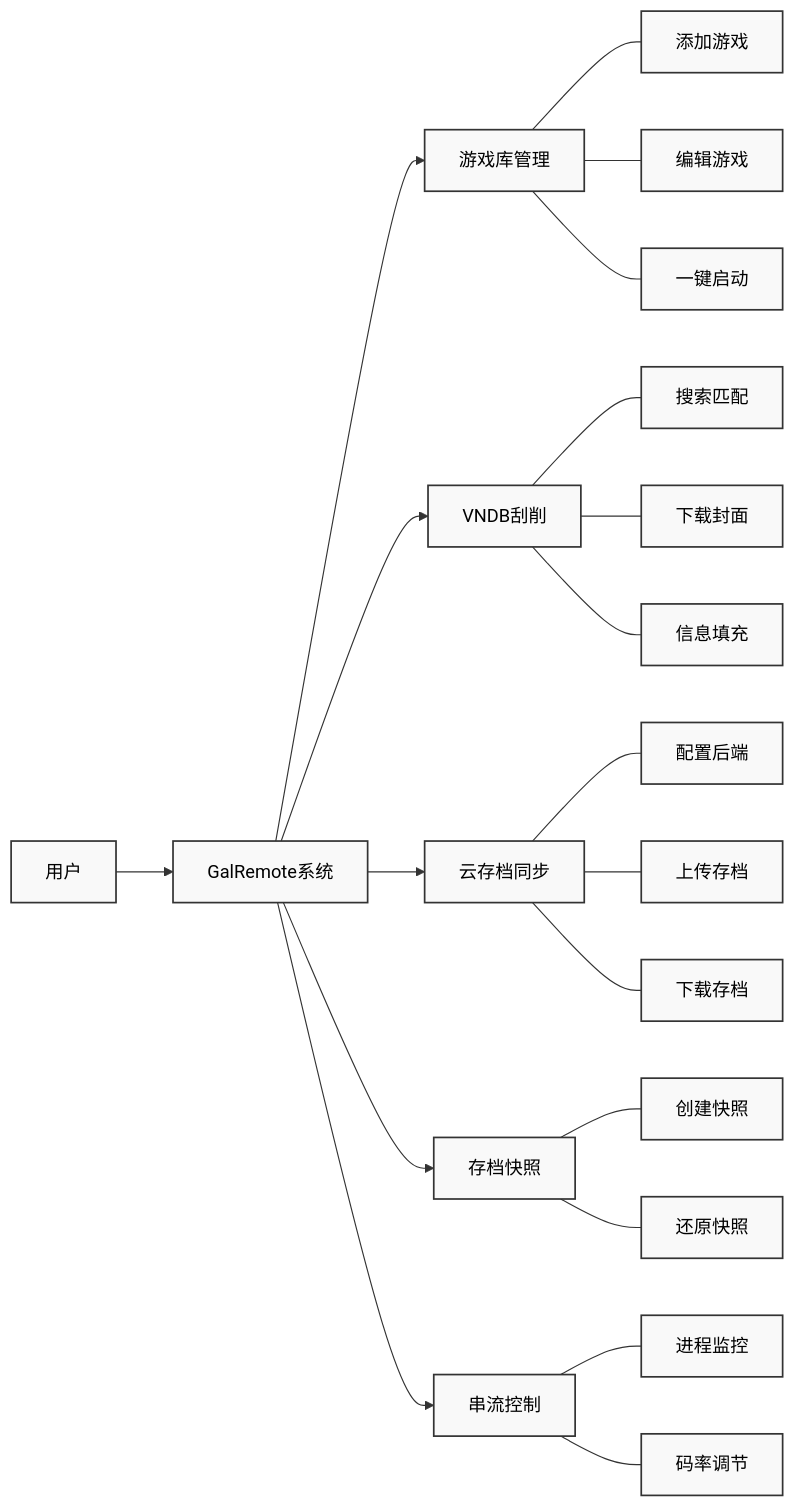
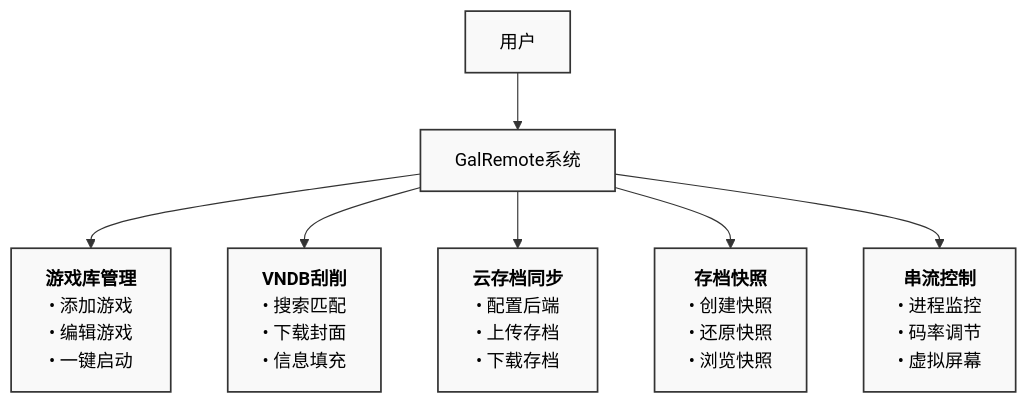
Before and after one commit to Roxy-DD/galremote: the diagram in thesis/01_需求分析.md, drawn with Mermaid.

Commit message:
docs(thesis): compress Chapter 3 diagram into a compact grid layout

````diff
--- a/thesis/01_需求分析.md
+++ b/thesis/01_需求分析.md
@@ -13,31 +13,13 @@
 ```mermaid
-graph LR
+graph TD
     User["用户"] --> Sys["GalRemote系统"]
     
-    Sys --> M1["游戏库管理"]
-    Sys --> M2["VNDB刮削"]
-    Sys --> M3["云存档同步"]
-    Sys --> M4["存档快照"]
-    Sys --> M5["串流控制"]
+    Sys --> M1["<b>游戏库管理</b><br>• 添加游戏<br>• 编辑游戏<br>• 一键启动"]
+    Sys --> M2["<b>VNDB刮削</b><br>• 搜索匹配<br>• 下载封面<br>• 信息填充"]
+    Sys --> M3["<b>云存档同步</b><br>• 配置后端<br>• 上传存档<br>• 下载存档"]
+    Sys --> M4["<b>存档快照</b><br>• 创建快照<br>• 还原快照<br>• 浏览快照"]
+    Sys --> M5["<b>串流控制</b><br>• 进程监控<br>• 码率调节<br>• 虚拟屏幕"]
 
-    M1 --- M1_1["添加游戏"]
-    M1 --- M1_2["编辑游戏"]
-    M1 --- M1_3["一键启动"]
-
-    M2 --- M2_1["搜索匹配"]
-    M2 --- M2_2["下载封面"]
-    M2 --- M2_3["信息填充"]
-
-    M3 --- M3_1["配置后端"]
-    M3 --- M3_2["上传存档"]
-    M3 --- M3_3["下载存档"]
-
-    M4 --- M4_1["创建快照"]
-    M4 --- M4_2["还原快照"]
-    
-    M5 --- M5_1["进程监控"]
-    M5 --- M5_2["码率调节"]
-
-    %% 保持特定排版和节点对齐
-    classDef default fill:#f9f9f9,stroke:#333,stroke-width:1.5px,color:#000;
+    %% 强制排布成网格阵列，并统一样式
+    classDef default fill:#f9f9f9,stroke:#333,stroke-width:1.5px,color:#000,text-align:center;
 ```
````
